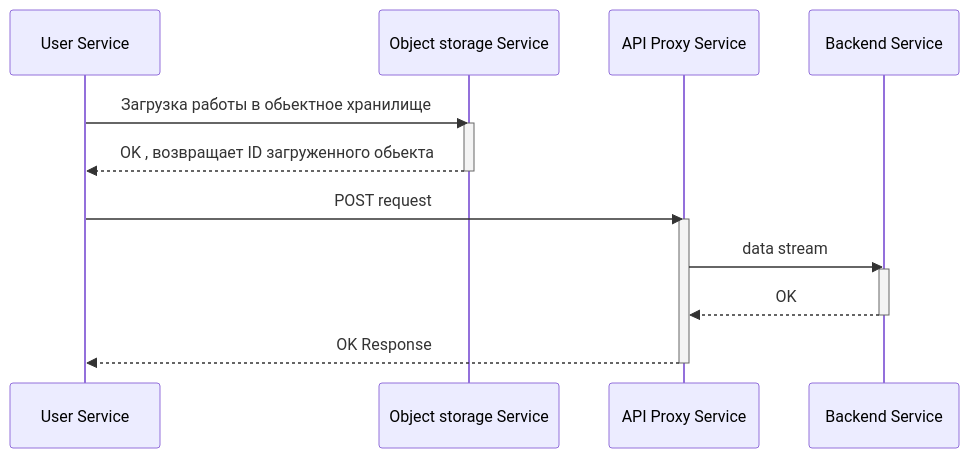
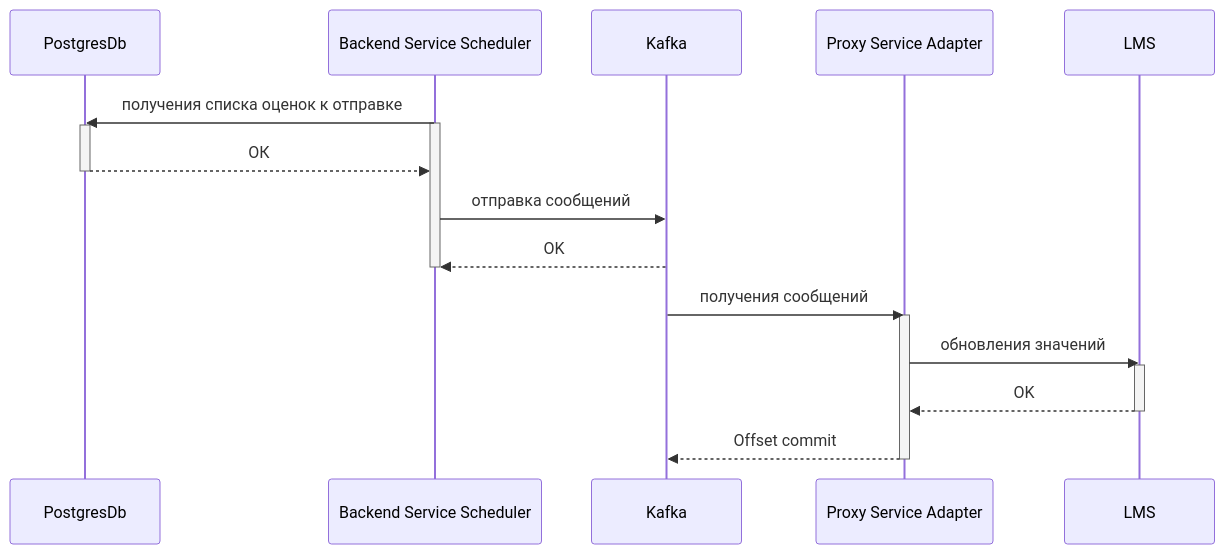
One commit to Santat2023/OtusHomework changed the third of 4 diagrams in FinalProject/project.md. Above: the diagram before and after it, drawn with Mermaid. The commit also changed other lines of this file, not shown here.

````diff
--- a/FinalProject/project.md
+++ b/FinalProject/project.md
@@ -216,19 +210,27 @@
 ```mermaid
 sequenceDiagram
-    participant USR as User Service
-    participant S3 as Object storage Service
-    participant API as API Proxy Service
-    participant Backend as Backend Service
-    USR->>S3: Загрузка работы в обьектное хранилище
-    activate S3
-    S3-->>USR: OK , возвращает ID загруженного обьекта
-    deactivate S3
-    USR->>API: POST request
-    activate API
-    API->>Backend: data stream
+    participant Db as PostgresDb
+    participant Backend as Backend Service Scheduler
+    participant Kafka as Kafka
+    participant Proxy as Proxy Service Adapter
+    participant LMS as LMS
+
+    Backend ->> Db: получения списка оценок к отправке
     activate Backend
-    Backend-->>API: OK
+    activate Db
+    Db -->> Backend: ОК
+    deactivate Db
+
+    Backend ->> Kafka: отправка сообщений
+    Kafka -->> Backend: OK
     deactivate Backend
-    API-->>USR: OK Response
-    deactivate API
+
+    Kafka ->> Proxy: получения сообщений
+    activate Proxy
+    Proxy ->> LMS: обновления значений
+    activate LMS
+    LMS -->> Proxy: OK
+    deactivate LMS
+    Proxy -->> Kafka: Offset commit
+    deactivate Proxy
 ```
````
